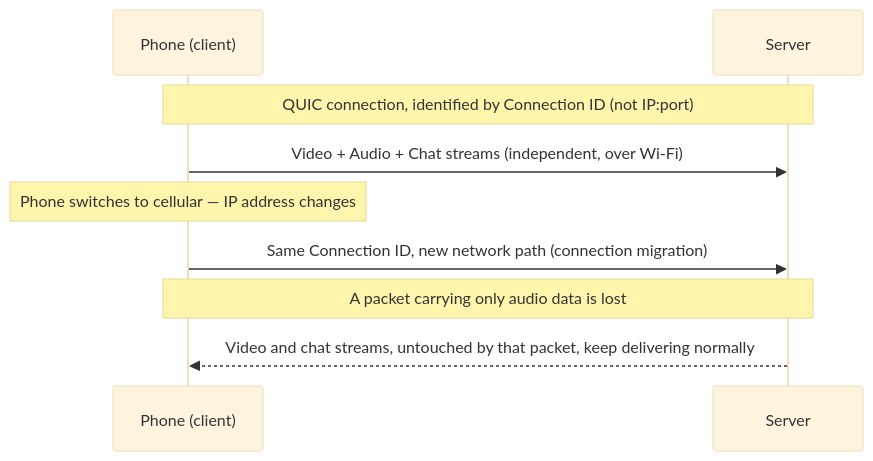
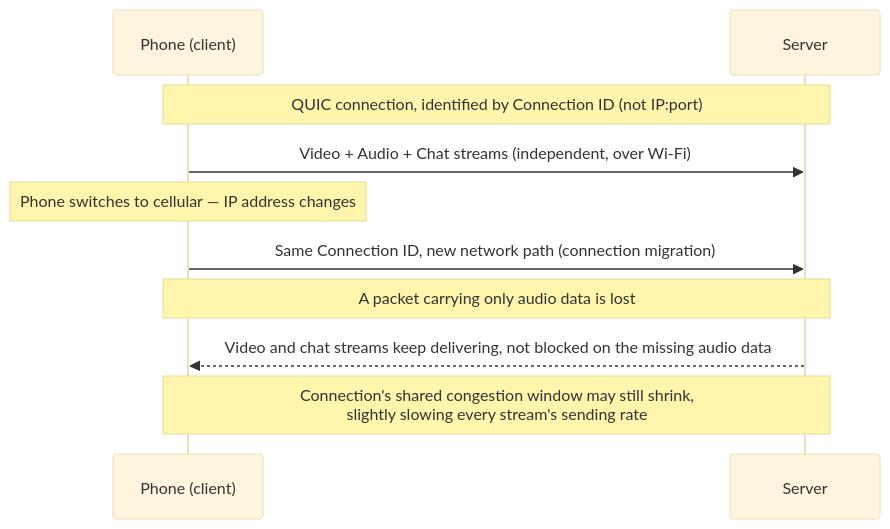
The diagram in book/part-5-speed-scale-and-modern-protocols/24-rebuilding-transport-for-the-modern-web.md (alessandrobessi/thinking-in-packets), drawn with Mermaid (base theme) before and after one commit. The commit also changed other lines of this file and 14 other files, not shown here.

````diff
--- a/book/part-5-speed-scale-and-modern-protocols/24-rebuilding-transport-for-the-modern-web.md
+++ b/book/part-5-speed-scale-and-modern-protocols/24-rebuilding-transport-for-the-modern-web.md
@@ -49,11 +49,12 @@
 ```mermaid
 sequenceDiagram
     participant P as Phone (client)
     participant S as Server
     Note over P,S: QUIC connection, identified by Connection ID (not IP:port)
     P->>S: Video + Audio + Chat streams (independent, over Wi-Fi)
     Note over P: Phone switches to cellular — IP address changes
     P->>S: Same Connection ID, new network path (connection migration)
     Note over P,S: A packet carrying only audio data is lost
-    S-->>P: Video and chat streams, untouched by that packet, keep delivering normally
+    S-->>P: Video and chat streams keep delivering, not blocked on the missing audio data
+    Note over P,S: Connection's shared congestion window may still shrink,<br/>slightly slowing every stream's sending rate
 ```
````
